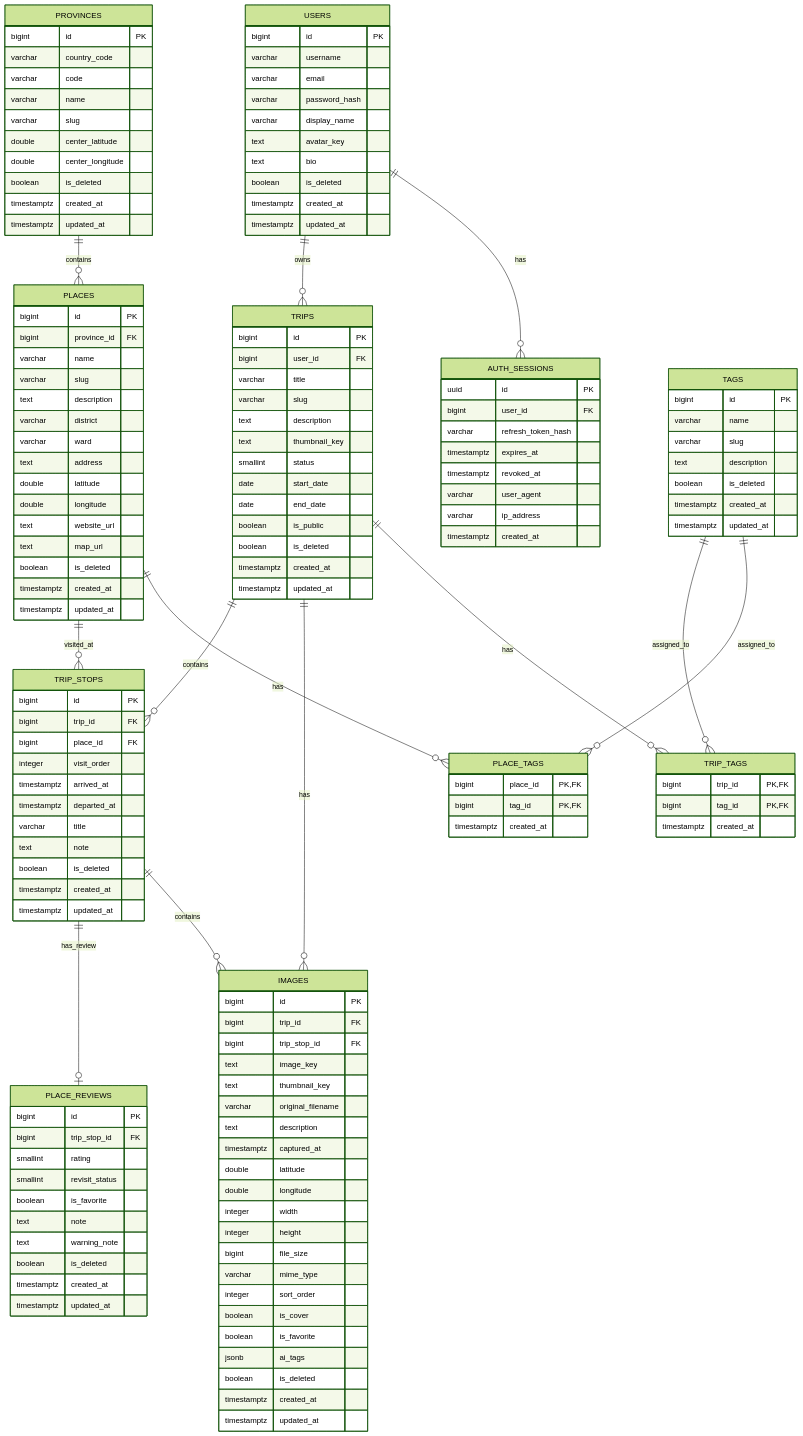
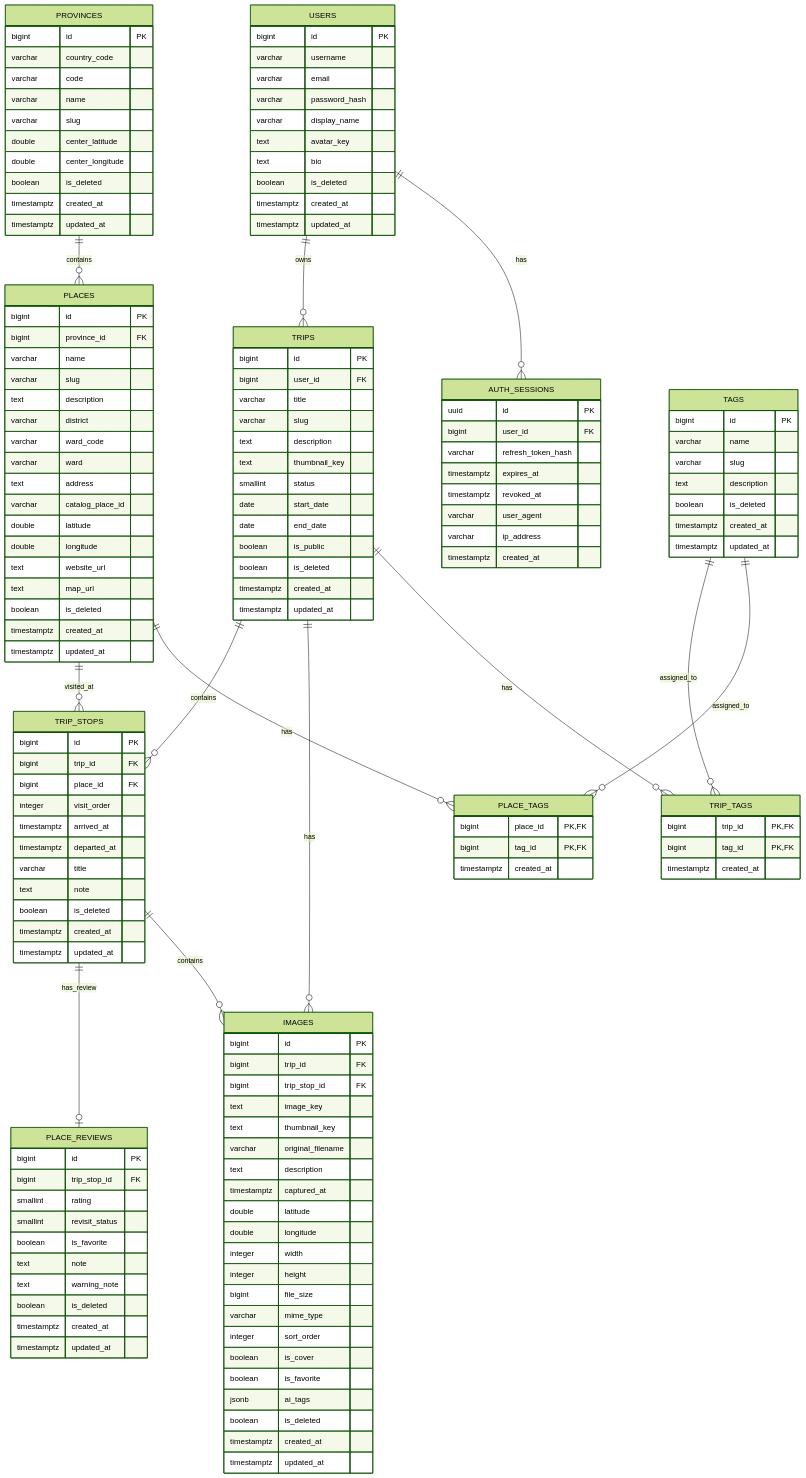
One commit to Harold-Luong/nomad-diary changed the diagram in database/nomad-diary-er.mmd. Above: the diagram before and after it, drawn with Mermaid (forest theme). The commit also changed 3 other files, not shown here.

```diff
--- a/database/nomad-diary-er.mmd
+++ b/database/nomad-diary-er.mmd
@@ -1,164 +1,166 @@
 
 erDiagram
     USERS ||--o{ TRIPS : owns
     USERS ||--o{ AUTH_SESSIONS : has
 
     PROVINCES ||--o{ PLACES : contains
 
     TRIPS ||--o{ TRIP_STOPS : contains
     PLACES ||--o{ TRIP_STOPS : visited_at
 
     TRIP_STOPS ||--o| PLACE_REVIEWS : has_review
 
     TRIPS ||--o{ IMAGES : has
     TRIP_STOPS ||--o{ IMAGES : contains
 
     TRIPS ||--o{ TRIP_TAGS : has
     TAGS ||--o{ TRIP_TAGS : assigned_to
 
     PLACES ||--o{ PLACE_TAGS : has
     TAGS ||--o{ PLACE_TAGS : assigned_to
 
     USERS {
         bigint id PK
         varchar username
         varchar email
         varchar password_hash
         varchar display_name
         text avatar_key
         text bio
         boolean is_deleted
         timestamptz created_at
         timestamptz updated_at
     }
 
     AUTH_SESSIONS {
         uuid id PK
         bigint user_id FK
         varchar refresh_token_hash
         timestamptz expires_at
         timestamptz revoked_at
         varchar user_agent
         varchar ip_address
         timestamptz created_at
     }
 
     PROVINCES {
         bigint id PK
         varchar country_code
         varchar code
         varchar name
         varchar slug
         double center_latitude
         double center_longitude
         boolean is_deleted
         timestamptz created_at
         timestamptz updated_at
     }
 
     PLACES {
         bigint id PK
         bigint province_id FK
         varchar name
         varchar slug
         text description
         varchar district
+        varchar ward_code
         varchar ward
         text address
+        varchar catalog_place_id
         double latitude
         double longitude
         text website_url
         text map_url
         boolean is_deleted
         timestamptz created_at
         timestamptz updated_at
     }
 
     TRIPS {
         bigint id PK
         bigint user_id FK
         varchar title
         varchar slug
         text description
         text thumbnail_key
         smallint status
         date start_date
         date end_date
         boolean is_public
         boolean is_deleted
         timestamptz created_at
         timestamptz updated_at
     }
 
     TRIP_STOPS {
         bigint id PK
         bigint trip_id FK
         bigint place_id FK
         integer visit_order
         timestamptz arrived_at
         timestamptz departed_at
         varchar title
         text note
         boolean is_deleted
         timestamptz created_at
         timestamptz updated_at
     }
 
     PLACE_REVIEWS {
         bigint id PK
         bigint trip_stop_id FK
         smallint rating
         smallint revisit_status
         boolean is_favorite
         text note
         text warning_note
         boolean is_deleted
         timestamptz created_at
         timestamptz updated_at
     }
 
     IMAGES {
         bigint id PK
         bigint trip_id FK
         bigint trip_stop_id FK
         text image_key
         text thumbnail_key
         varchar original_filename
         text description
         timestamptz captured_at
         double latitude
         double longitude
         integer width
         integer height
         bigint file_size
         varchar mime_type
         integer sort_order
         boolean is_cover
         boolean is_favorite
         jsonb ai_tags
         boolean is_deleted
         timestamptz created_at
         timestamptz updated_at
     }
 
     TAGS {
         bigint id PK
         varchar name
         varchar slug
         text description
         boolean is_deleted
         timestamptz created_at
         timestamptz updated_at
     }
 
     TRIP_TAGS {
         bigint trip_id PK, FK
         bigint tag_id PK, FK
         timestamptz created_at
     }
 
     PLACE_TAGS {
         bigint place_id PK, FK
         bigint tag_id PK, FK
         timestamptz created_at
     }
```
